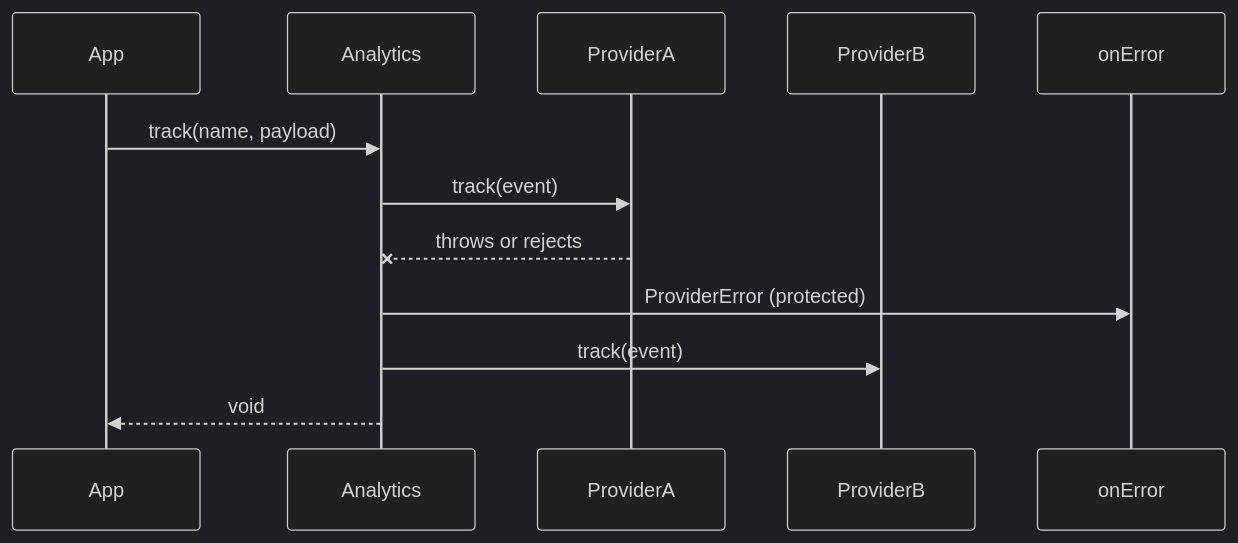
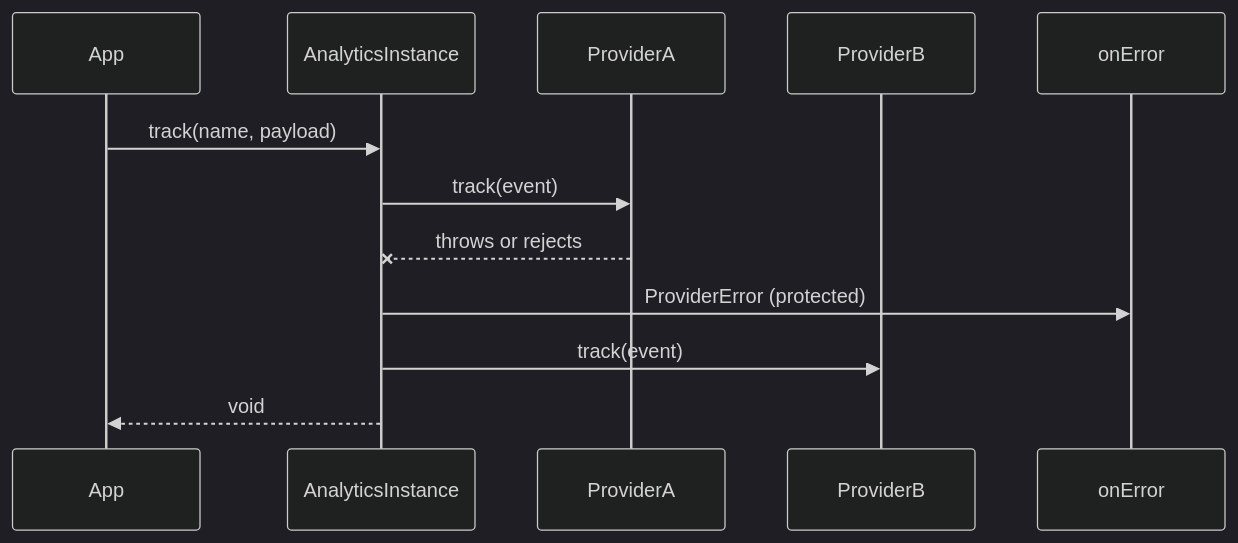
Before and after one commit to gharivand/box-multi-tracker: the second of 2 diagrams in ARCHITECTURE.md, drawn with Mermaid (dark theme). The commit also changed other lines of this file, not shown here.

Commit message:
docs: update analytics SDK architecture to use factory function for instance management

````diff
--- a/ARCHITECTURE.md
+++ b/ARCHITECTURE.md
@@ -168,14 +204,14 @@
 ```mermaid
 sequenceDiagram
   participant App
-  participant Analytics
+  participant Instance as AnalyticsInstance
   participant ProvA as ProviderA
   participant ProvB as ProviderB
   participant Hook as onError
-  App->>Analytics: track(name, payload)
-  Analytics->>ProvA: track(event)
-  ProvA--xAnalytics: throws or rejects
-  Analytics->>Hook: ProviderError (protected)
-  Analytics->>ProvB: track(event)
-  Analytics-->>App: void
+  App->>Instance: track(name, payload)
+  Instance->>ProvA: track(event)
+  ProvA--xInstance: throws or rejects
+  Instance->>Hook: ProviderError (protected)
+  Instance->>ProvB: track(event)
+  Instance-->>App: void
 ```
````
